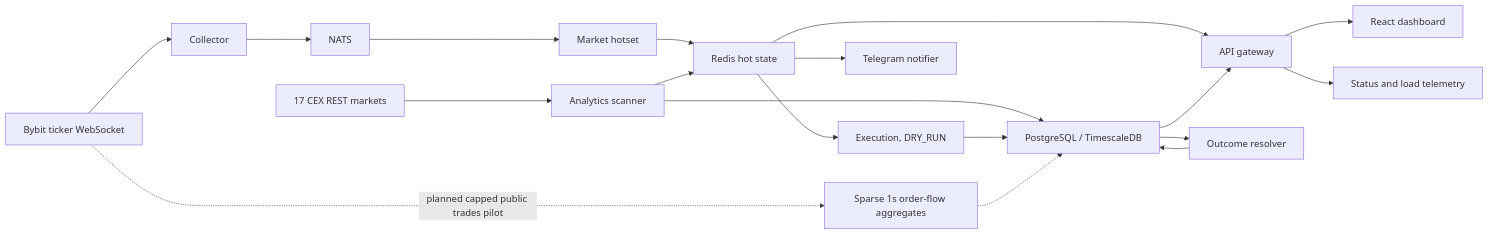
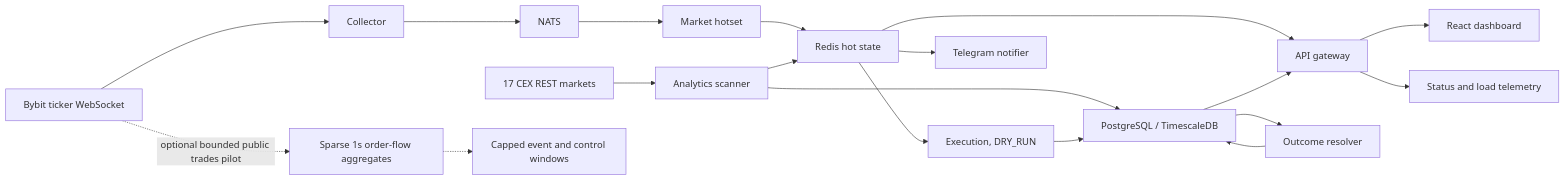
The diagram in README.md (mavlevich/schurfer), drawn with Mermaid before and after one commit. The commit also changed other lines of this file and 15 other files, not shown here.

Commit message:
feat(collector): add bounded Bybit order-flow pilot

````diff
--- a/README.md
+++ b/README.md
@@ -30,22 +31,22 @@
 ```mermaid
 flowchart LR
     CEX["17 CEX REST markets"] --> SCAN["Analytics scanner"]
     BYBIT["Bybit ticker WebSocket"] --> COL["Collector"]
     COL --> NATS["NATS"]
     NATS --> HOT["Market hotset"]
     HOT --> REDIS["Redis hot state"]
     SCAN --> PG["PostgreSQL / TimescaleDB"]
     SCAN --> REDIS
     REDIS --> API["API gateway"]
     PG --> API
     REDIS --> EXEC["Execution, DRY_RUN"]
     EXEC --> PG
     PG --> RESOLVE["Outcome resolver"]
     RESOLVE --> PG
     REDIS --> NOTIFY["Telegram notifier"]
     API --> WEB["React dashboard"]
     API --> STATUS["Status and load telemetry"]
 
-    BYBIT -. "planned capped public trades pilot" .-> FLOW["Sparse 1s order-flow aggregates"]
-    FLOW -.-> PG
+    BYBIT -. "optional bounded public trades pilot" .-> FLOW["Sparse 1s order-flow aggregates"]
+    FLOW -.-> FILES["Capped event and control windows"]
 ```
````
